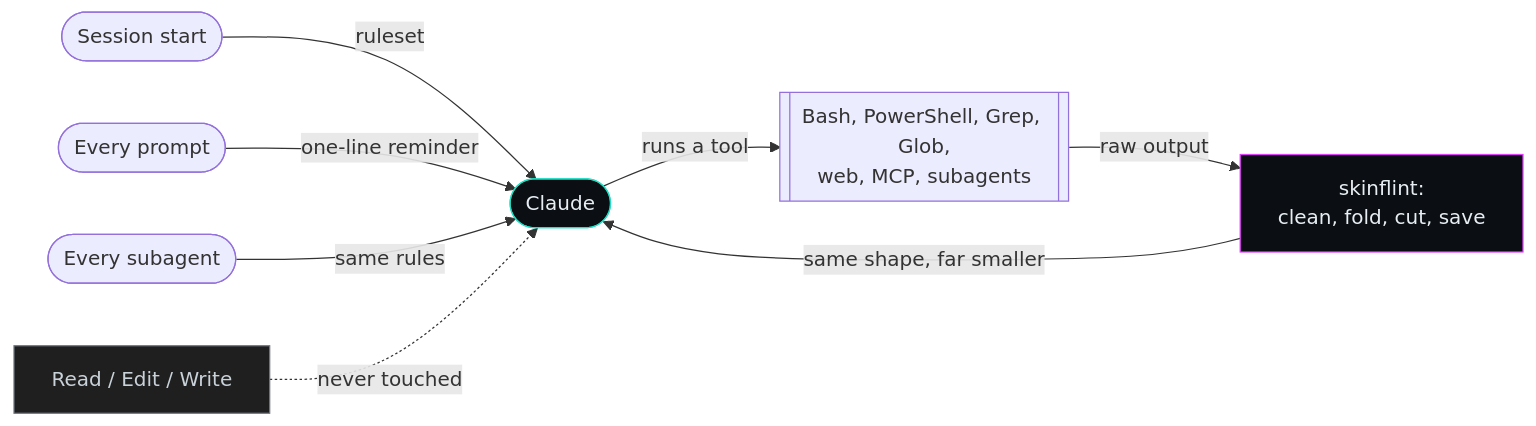
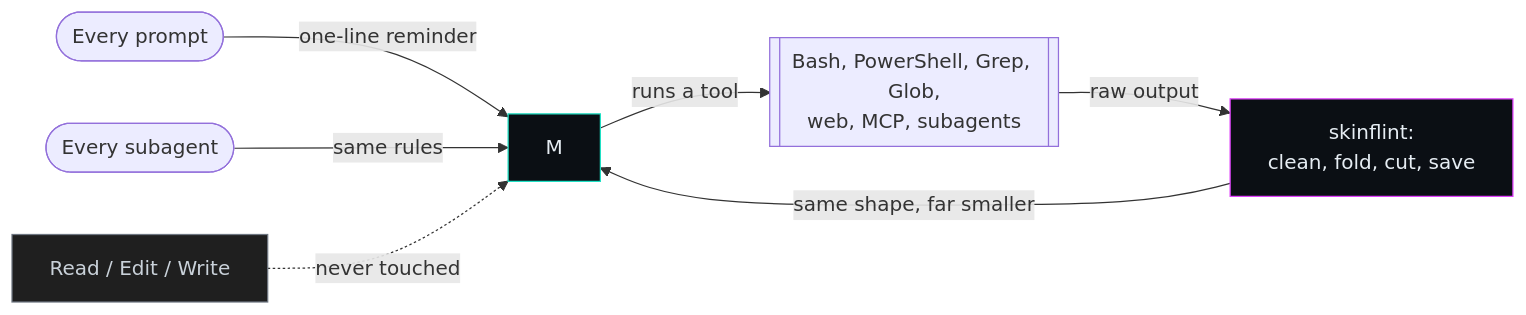
One commit to SkYn3t-Lab/skinflint changed the diagram in README.md. Above: the diagram before and after it, drawn with Mermaid. The commit also changed other lines of this file and 7 other files, not shown here.

Commit message:
0.4.0: session start adds one line instead of the full ruleset; the per-prompt reminder carries the rules

````diff
--- a/README.md
+++ b/README.md
@@ -98,13 +98,12 @@
 ```mermaid
 flowchart LR
-    S(["Session start"]) -->|ruleset| M(["Claude"])
     U(["Every prompt"]) -->|one-line reminder| M
     A(["Every subagent"]) -->|same rules| M
     M -->|runs a tool| T[["Bash, PowerShell, Grep, Glob,<br/>web, MCP, subagents"]]
     T -->|raw output| C["skinflint:<br/>clean, fold, cut, save"]
     C -->|same shape, far smaller| M
     R["Read / Edit / Write"] -.->|never touched| M
     style M fill:#0B0F14,stroke:#1FE0C4,color:#e6edf3
     style C fill:#0B0F14,stroke:#E040FB,color:#e6edf3
     style R fill:#1f1f1f,stroke:#6e7681,color:#c9d1d9
 ```
````
